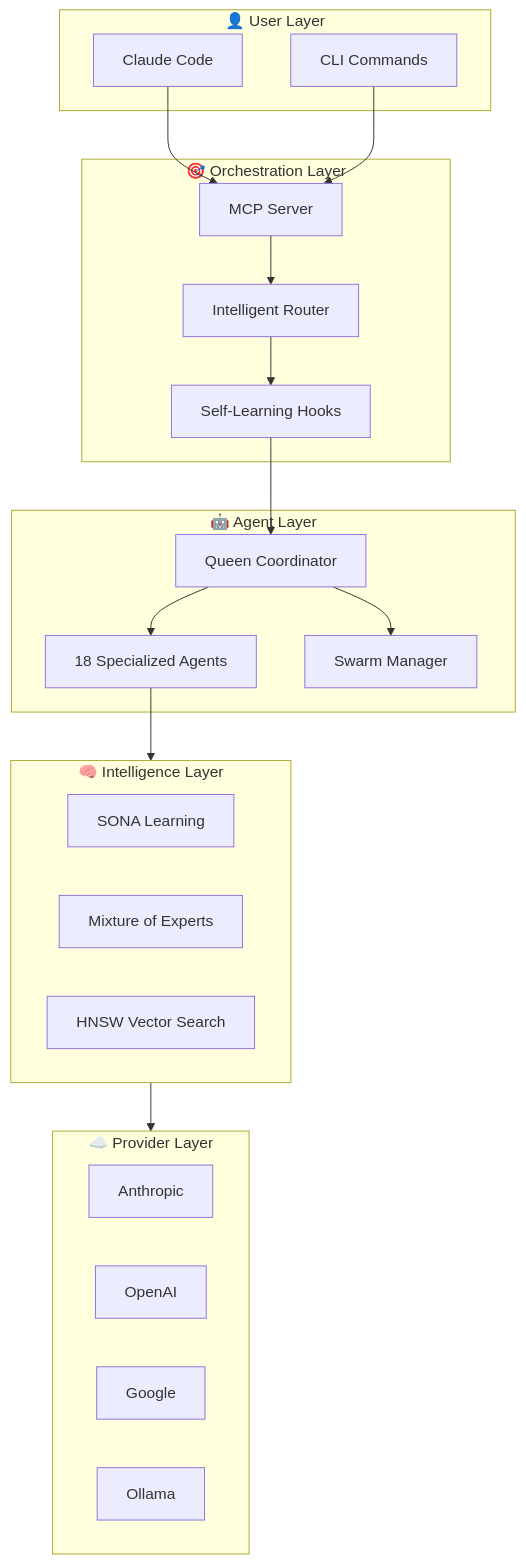
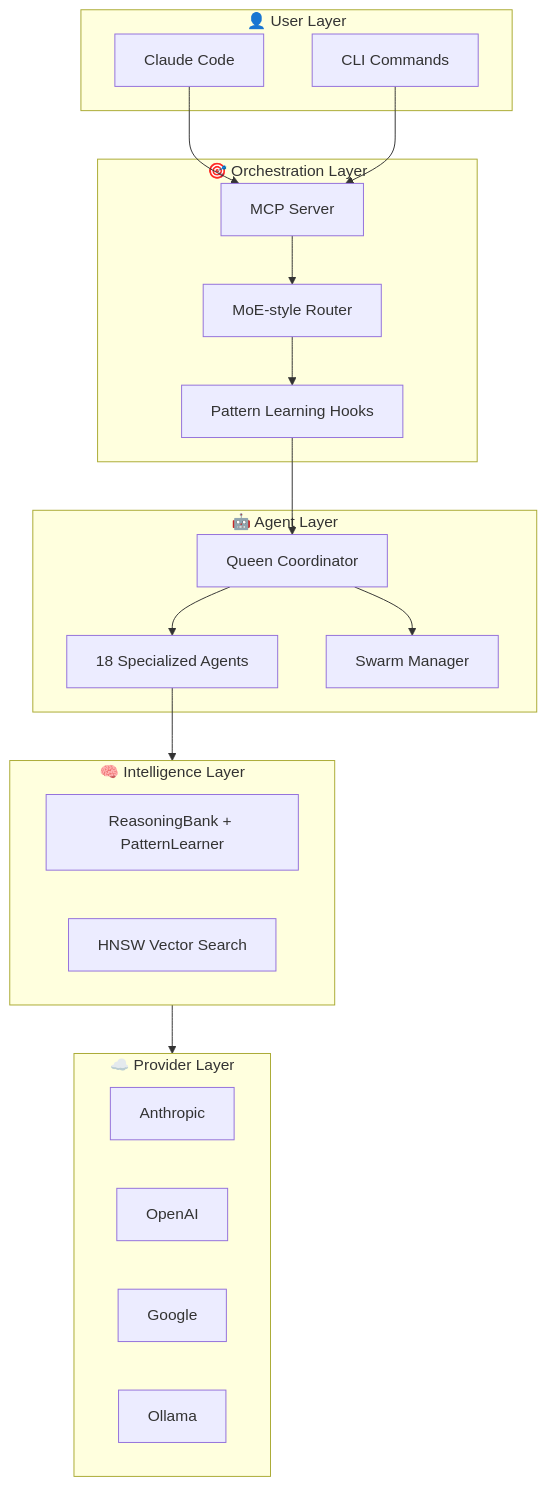
One commit to hypnwtykvmpr/hive-flow changed the second of 6 diagrams in README.md. Above: the diagram before and after it, drawn with Mermaid. The commit also changed other lines of this file, not shown here.

````diff
--- a/README.md
+++ b/README.md
@@ -819,42 +850,42 @@
 ```mermaid
 flowchart TB
     subgraph User["👤 User Layer"]
         CC[Claude Code]
         CLI[CLI Commands]
     end
 
     subgraph Orchestration["🎯 Orchestration Layer"]
         MCP[MCP Server]
         Router[Intelligent Router]
-        Hooks[Self-Learning Hooks]
+        Hooks[Pattern Learning Hooks]
     end
 
     subgraph Agents["🤖 Agent Layer"]
         Queen[Queen Coordinator]
         Workers[18 Specialized Agents]
         Swarm[Swarm Manager]
     end
 
     subgraph Intelligence["🧠 Intelligence Layer"]
-        SONA[SONA Learning]
-        MoE[Mixture of Experts]
+        Learning[ReasoningBank + PatternLearner]
+        Router[MoE-style Router]
         HNSW[HNSW Vector Search]
     end
 
     subgraph Providers["☁️ Provider Layer"]
         Anthropic[Anthropic]
         OpenAI[OpenAI]
         Google[Google]
         Ollama[Ollama]
     end
 
     CC --> MCP
     CLI --> MCP
     MCP --> Router
     Router --> Hooks
     Hooks --> Queen
     Queen --> Workers
     Queen --> Swarm
     Workers --> Intelligence
     Intelligence --> Providers
 ```
````
